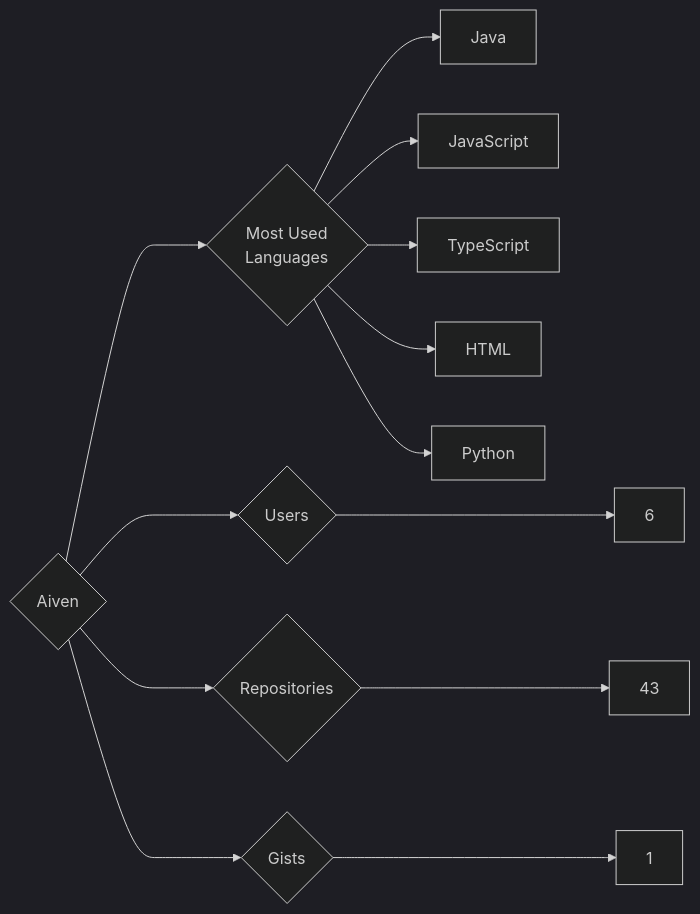
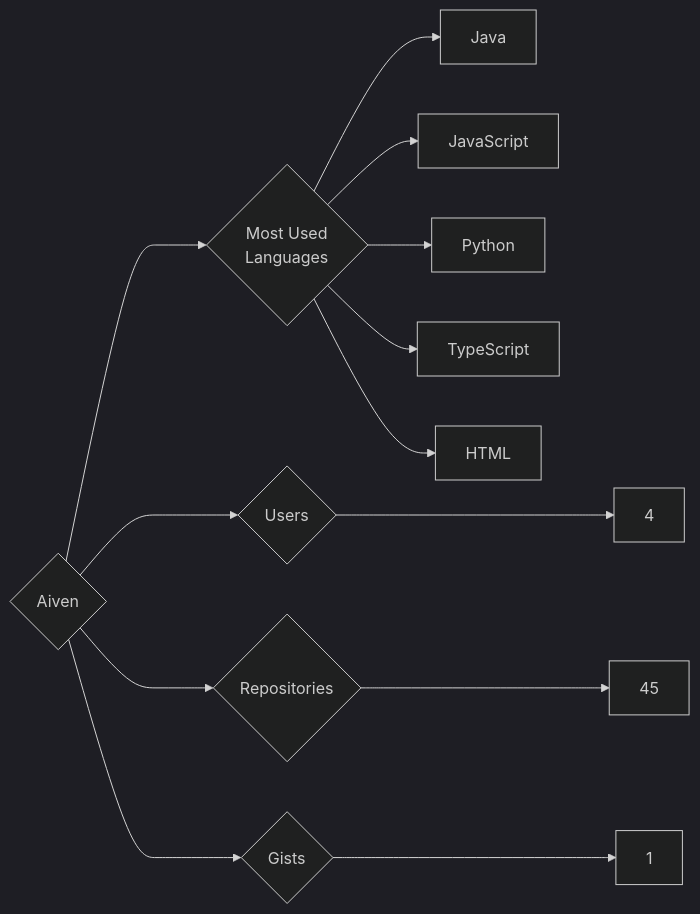
The diagram in targets/Aiven/README.md (trickest/insiders), drawn with Mermaid (dark theme) before and after one commit. The commit also changed 912 other files, not shown here.

````diff
--- a/targets/Aiven/README.md
+++ b/targets/Aiven/README.md
@@ -3,13 +3,13 @@
 ```mermaid
 graph LR
 COMPANY_NAME{Aiven}
-COMPANY_NAME ---> U{Users} ---> UN[6]
-COMPANY_NAME ---> R{Repositories} ---> RN[43]
+COMPANY_NAME ---> U{Users} ---> UN[4]
+COMPANY_NAME ---> R{Repositories} ---> RN[45]
 COMPANY_NAME ---> G{Gists} ---> GN[1]
 COMPANY_NAME ---> ML{Most Used<br>Languages}
 ML --> Java[Java]
 ML --> JavaScript[JavaScript]
+ML --> Python[Python]
 ML --> TypeScript[TypeScript]
 ML --> HTML[HTML]
-ML --> Python[Python]
 ```
````
